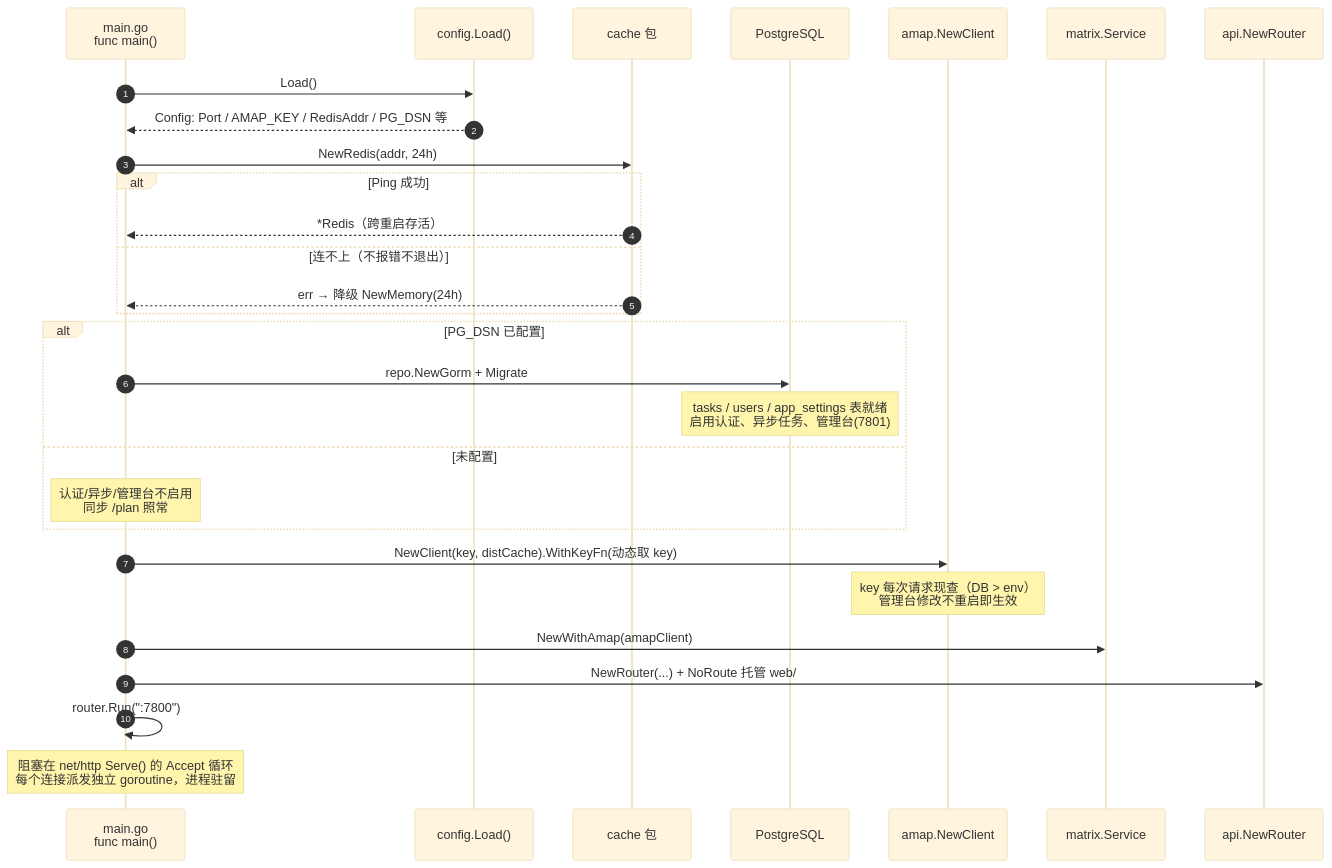
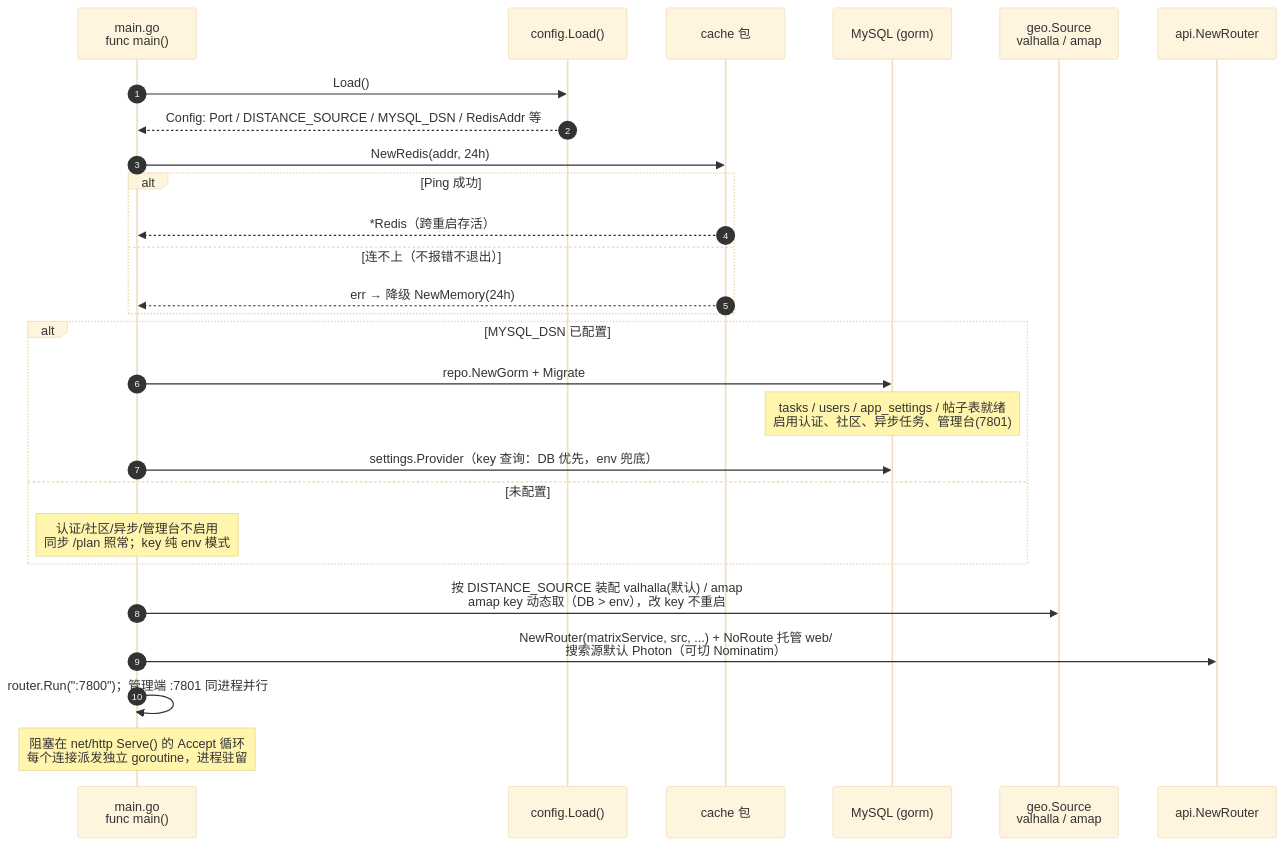
One commit to Gulugll/route66 changed the third of 5 diagrams in README.md. Above: the diagram before and after it, drawn with Mermaid (base theme). The commit also changed other lines of this file and 1 other file, not shown here.

First line of the commit message:
docs: README 与 Agent 流程图同步至当前架构

````diff
--- a/README.md
+++ b/README.md
@@ -368,32 +416,30 @@
 ```mermaid
 sequenceDiagram
     autonumber
     participant M as main.go<br/>func main()
     participant C as config.Load()
     participant CA as cache 包
-    participant DB as PostgreSQL
-    participant AM as amap.NewClient
-    participant MX as matrix.Service
+    participant DB as MySQL (gorm)
+    participant GEO as geo.Source<br/>valhalla / amap
     participant API as api.NewRouter
 
     M->>C: Load()
-    C-->>M: Config: Port / AMAP_KEY / RedisAddr / PG_DSN 等
+    C-->>M: Config: Port / DISTANCE_SOURCE / MYSQL_DSN / RedisAddr 等
     M->>CA: NewRedis(addr, 24h)
     alt Ping 成功
         CA-->>M: *Redis（跨重启存活）
     else 连不上（不报错不退出）
         CA-->>M: err → 降级 NewMemory(24h)
     end
-    alt PG_DSN 已配置
+    alt MYSQL_DSN 已配置
         M->>DB: repo.NewGorm + Migrate
-        Note over DB: tasks / users / app_settings 表就绪<br/>启用认证、异步任务、管理台(7801)
+        Note over DB: tasks / users / app_settings / 帖子表就绪<br/>启用认证、社区、异步任务、管理台(7801)
+        M->>DB: settings.Provider（key 查询：DB 优先，env 兜底）
     else 未配置
-        Note over M: 认证/异步/管理台不启用<br/>同步 /plan 照常
+        Note over M: 认证/社区/异步/管理台不启用<br/>同步 /plan 照常；key 纯 env 模式
     end
-    M->>AM: NewClient(key, distCache).WithKeyFn(动态取 key)
-    Note over AM: key 每次请求现查（DB > env）<br/>管理台修改不重启即生效
-    M->>MX: NewWithAmap(amapClient)
-    M->>API: NewRouter(...) + NoRoute 托管 web/
-    M->>M: router.Run(":7800")
+    M->>GEO: 按 DISTANCE_SOURCE 装配 valhalla(默认) / amap<br/>amap key 动态取（DB > env），改 key 不重启
+    M->>API: NewRouter(matrixService, src, ...) + NoRoute 托管 web/<br/>搜索源默认 Photon（可切 Nominatim）
+    M->>M: router.Run(":7800")；管理端 :7801 同进程并行
     Note over M: 阻塞在 net/http Serve() 的 Accept 循环<br/>每个连接派发独立 goroutine，进程驻留
 ```
````
